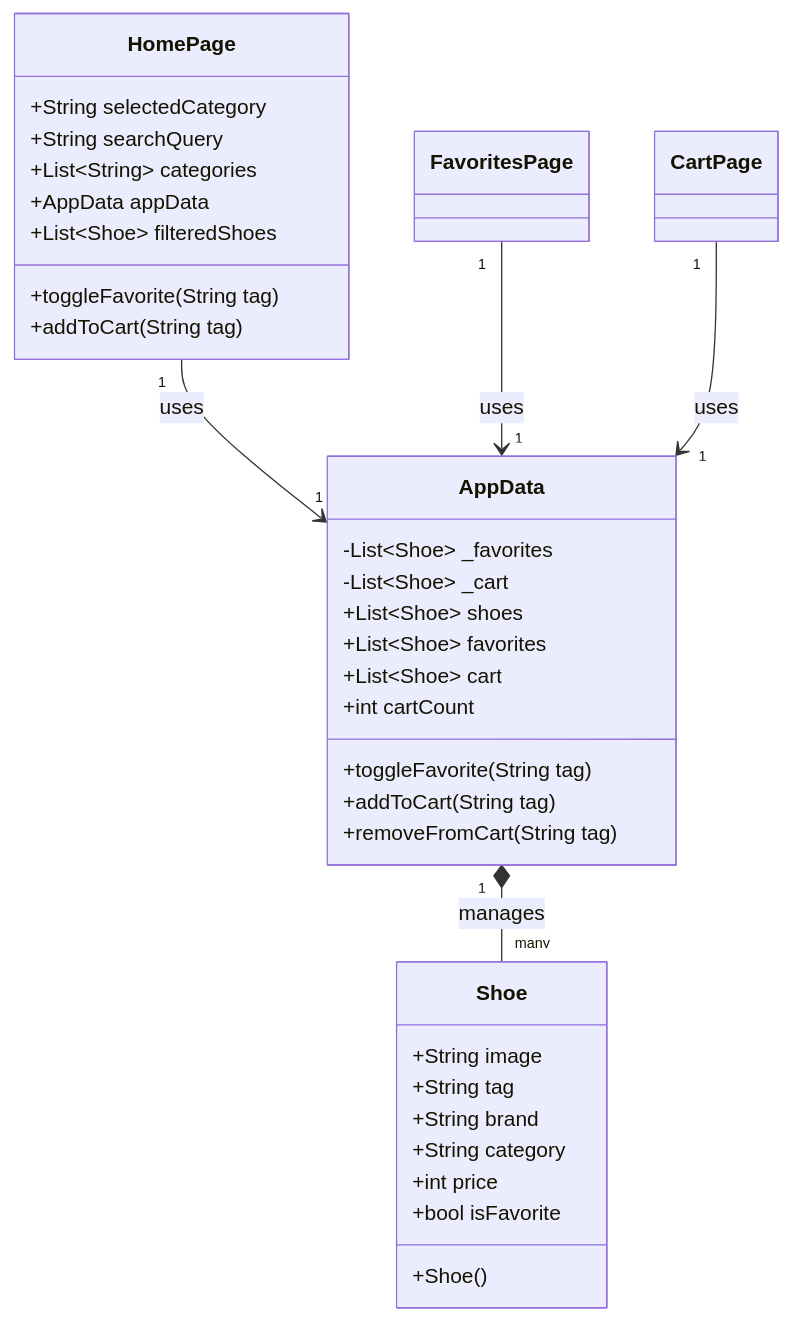
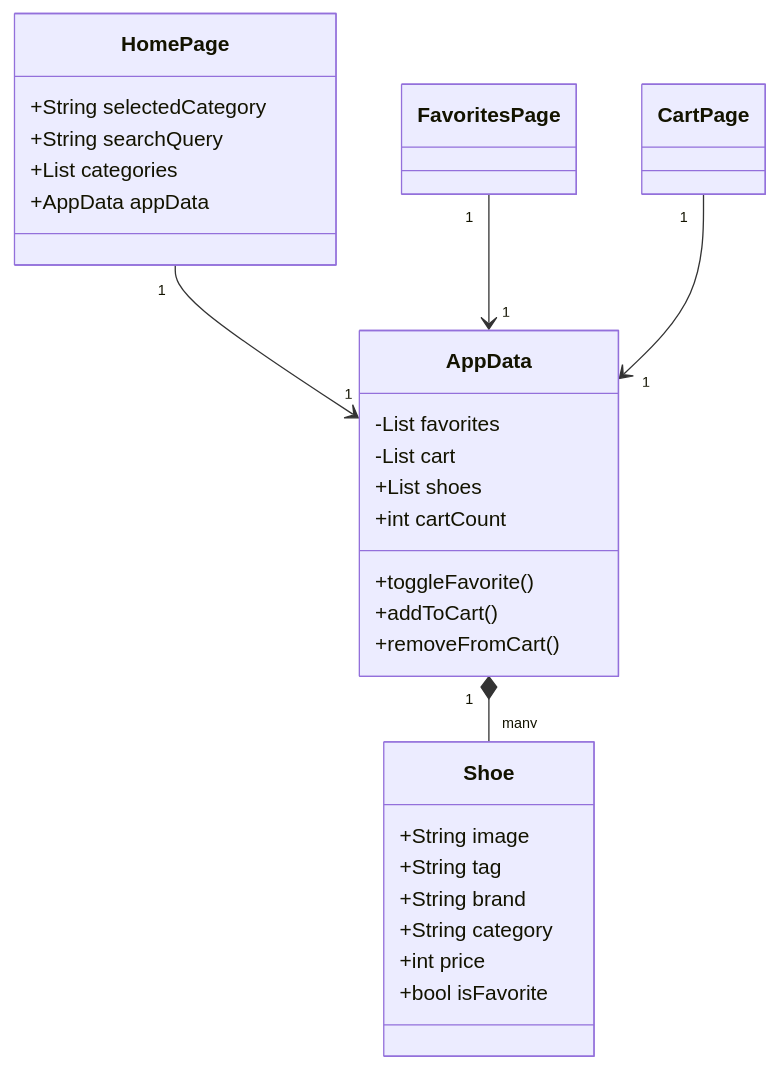
Before and after one commit to Sandarsh18/Ecommerce-shoes: the second of 22 diagrams in README.md, drawn with Mermaid. The commit also changed other lines of this file, not shown here.

````diff
--- a/README.md
+++ b/README.md
@@ -162,39 +157,33 @@
 ```mermaid
 classDiagram
     class Shoe {
         +String image
         +String tag
         +String brand
         +String category
         +int price
         +bool isFavorite
-        +Shoe()
     }
     
     class AppData {
-        -List~Shoe~ _favorites
-        -List~Shoe~ _cart
-        +List~Shoe~ shoes
-        +List~Shoe~ favorites
-        +List~Shoe~ cart
+        -List favorites
+        -List cart
+        +List shoes
         +int cartCount
-        +toggleFavorite(String tag)
-        +addToCart(String tag)
-        +removeFromCart(String tag)
+        +toggleFavorite()
+        +addToCart()
+        +removeFromCart()
     }
     
     class HomePage {
         +String selectedCategory
         +String searchQuery
-        +List~String~ categories
+        +List categories
         +AppData appData
-        +toggleFavorite(String tag)
-        +addToCart(String tag)
-        +List~Shoe~ filteredShoes
     }
     
-    AppData "1" *-- "many" Shoe : manages
-    HomePage "1" --> "1" AppData : uses
-    FavoritesPage "1" --> "1" AppData : uses
-    CartPage "1" --> "1" AppData : uses
+    AppData "1" *-- "many" Shoe
+    HomePage "1" --> "1" AppData
+    FavoritesPage "1" --> "1" AppData
+    CartPage "1" --> "1" AppData
 ```
````
